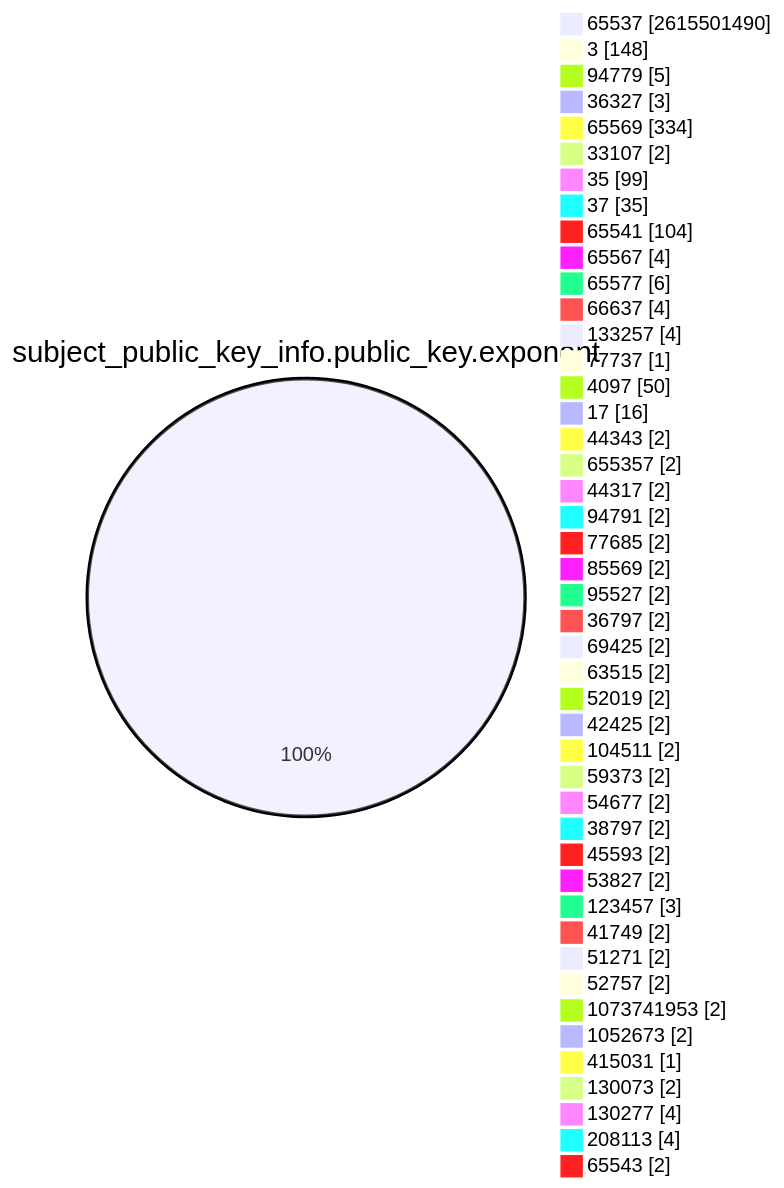
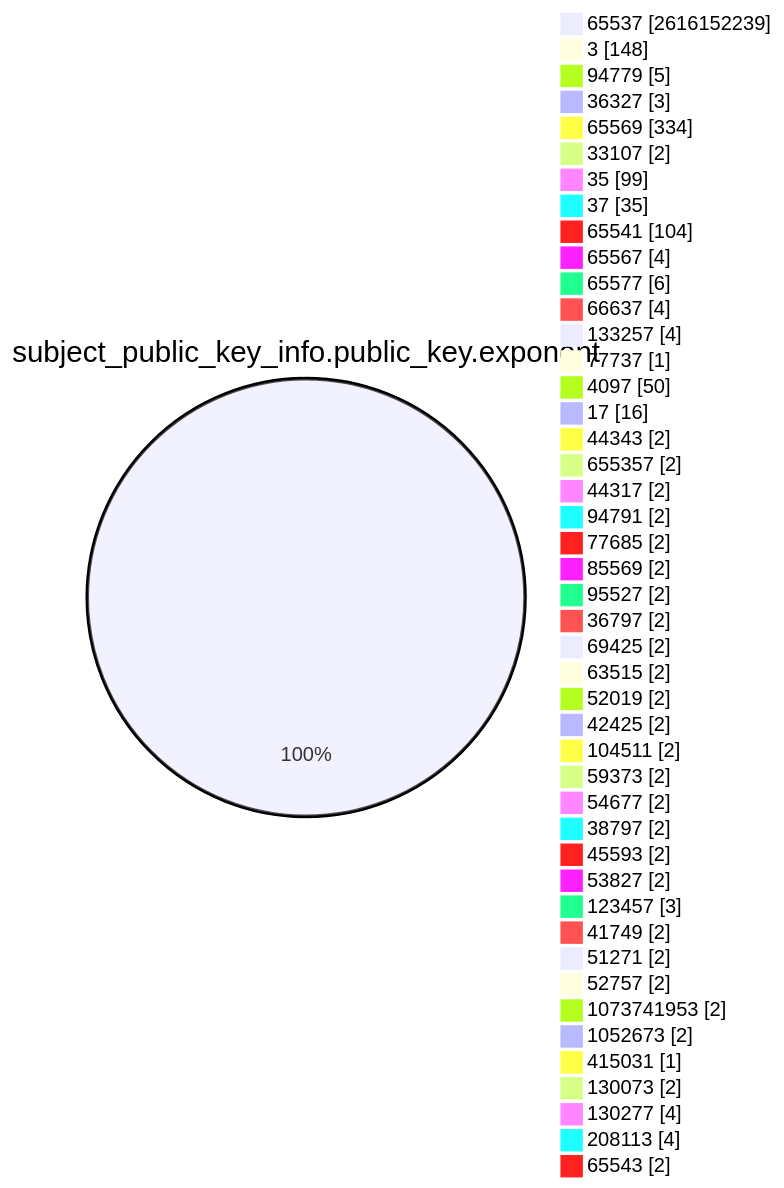
The fourth of 15 diagrams in TOTAL/README.md (christiankrug/ctmonitor_visualization), drawn with Mermaid before and after one commit. The commit also changed other lines of this file, not shown here.

````diff
--- a/TOTAL/README.md
+++ b/TOTAL/README.md
@@ -1466,49 +1466,49 @@
 ```mermaid
 pie showData
 title subject_public_key_info.public_key.exponent
-"65537" :2615501490
+"65537" :2616152239
 "3" :148
 "94779" :5
 "36327" :3
 "65569" :334
 "33107" :2
 "35" :99
 "37" :35
 "65541" :104
 "65567" :4
 "65577" :6
 "66637" :4
 "133257" :4
 "77737" :1
 "4097" :50
 "17" :16
 "44343" :2
 "655357" :2
 "44317" :2
 "94791" :2
 "77685" :2
 "85569" :2
 "95527" :2
 "36797" :2
 "69425" :2
 "63515" :2
 "52019" :2
 "42425" :2
 "104511" :2
 "59373" :2
 "54677" :2
 "38797" :2
 "45593" :2
 "53827" :2
 "123457" :3
 "41749" :2
 "51271" :2
 "52757" :2
 "1073741953" :2
 "1052673" :2
 "415031" :1
 "130073" :2
 "130277" :4
 "208113" :4
 "65543" :2
 ```
````
